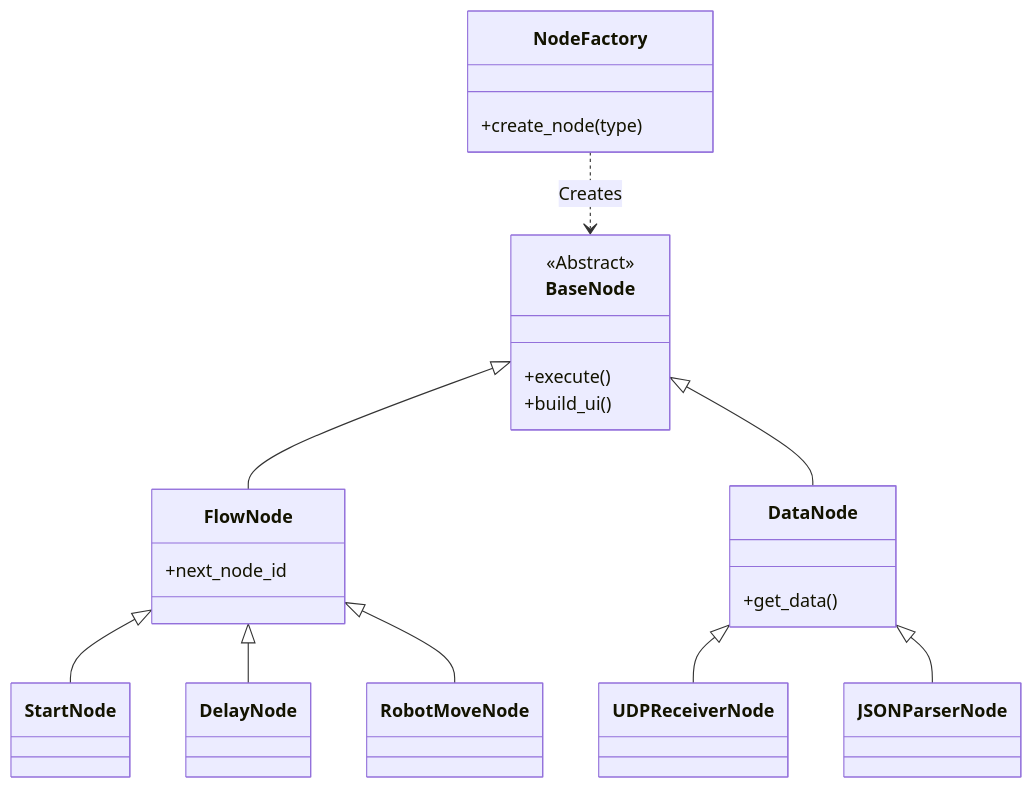
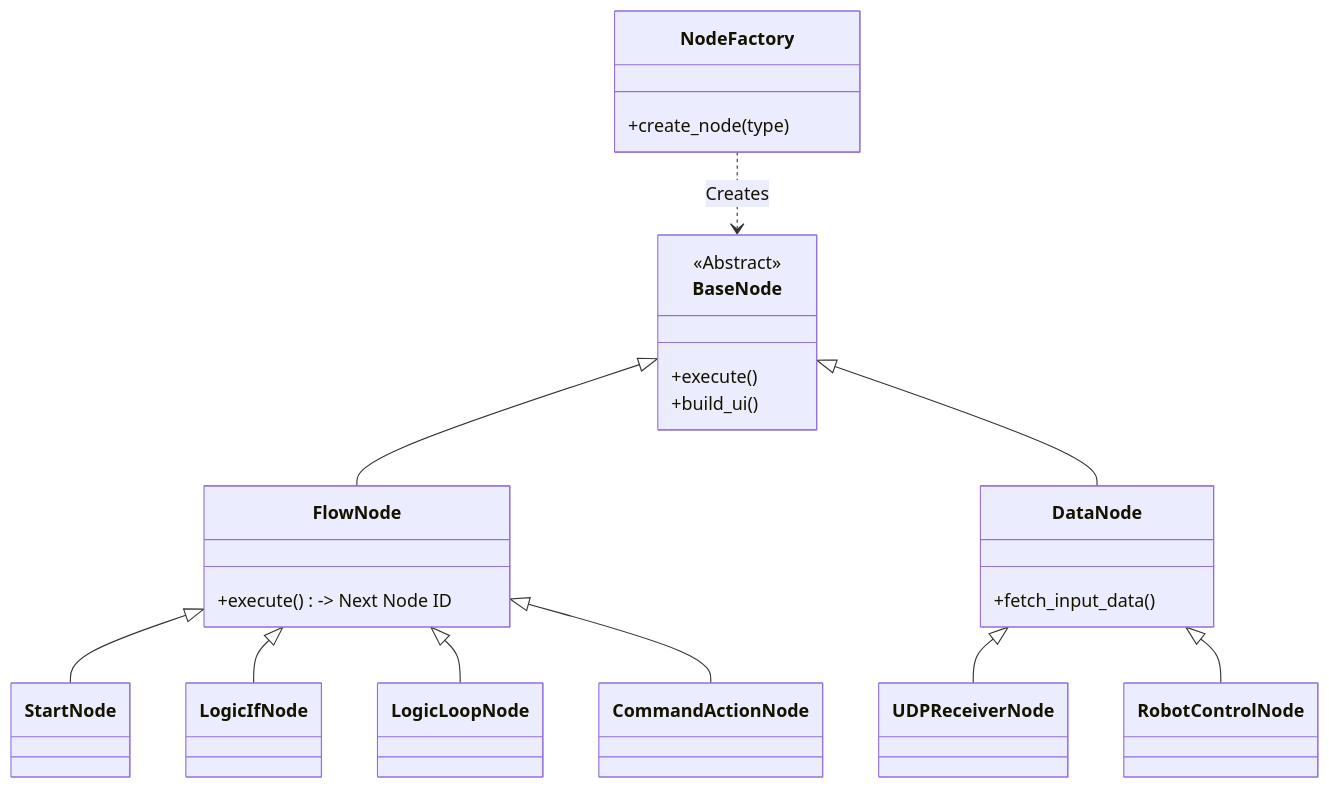
The diagram in README.md (khw18033/PyGui-Visual-Scripting), drawn with Mermaid before and after one commit. The commit also changed other lines of this file and 1 other file, not shown here.

````diff
--- a/README.md
+++ b/README.md
@@ -44,33 +30,34 @@
 ```mermaid
 classDiagram
     class NodeFactory {
         +create_node(type)
     }
 
     class BaseNode {
         <<Abstract>>
         +execute()
         +build_ui()
     }
 
     class FlowNode {
-        +next_node_id
+        +execute() -> Next Node ID
     }
     
     class DataNode {
-        +get_data()
+        +fetch_input_data()
     }
 
     BaseNode <|-- FlowNode
     BaseNode <|-- DataNode
 
     FlowNode <|-- StartNode
-    FlowNode <|-- DelayNode
-    FlowNode <|-- RobotMoveNode
+    FlowNode <|-- LogicIfNode
+    FlowNode <|-- LogicLoopNode
+    FlowNode <|-- CommandActionNode
     
     DataNode <|-- UDPReceiverNode
-    DataNode <|-- JSONParserNode
+    DataNode <|-- RobotControlNode
 
     NodeFactory ..> BaseNode : Creates
 
 ```
````
